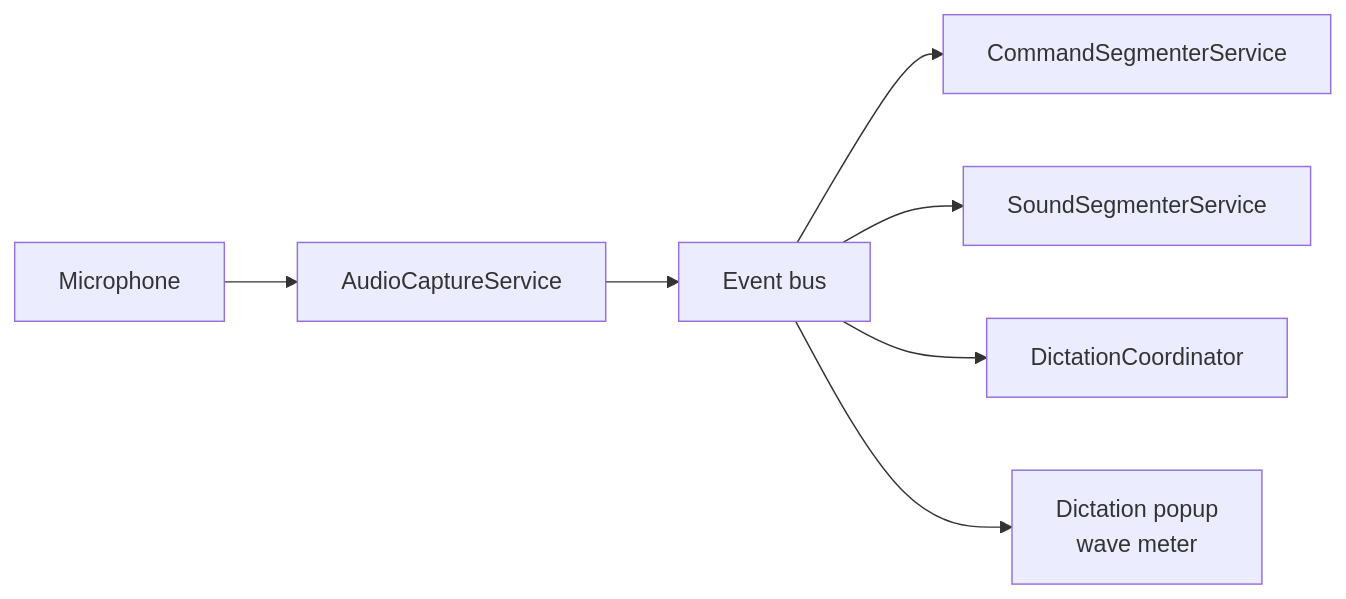
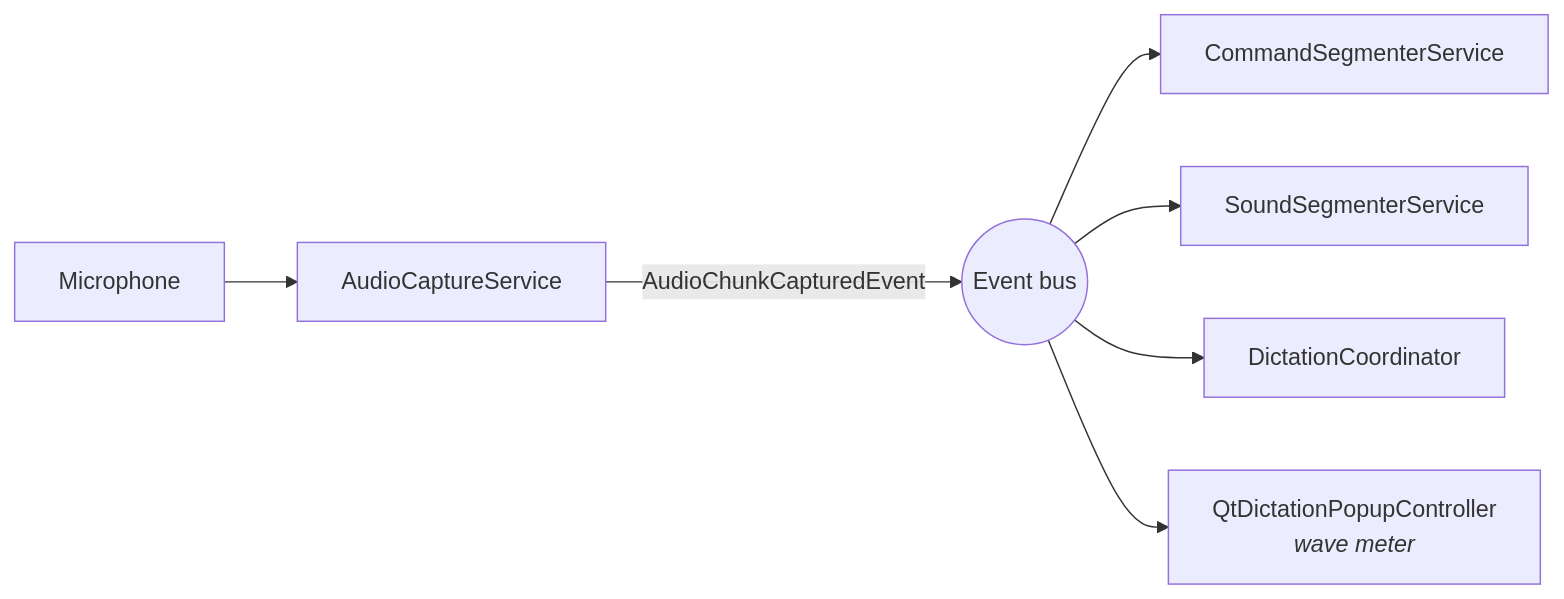
The first of 2 diagrams in docs/developer/features/capture.rst (rick12000/vocalance), drawn with Mermaid before and after one commit. The commit also changed other lines of this file and 12 other files, not shown here.

```diff
--- a/docs/developer/features/capture.rst
+++ b/docs/developer/features/capture.rst
@@ -19,9 +20,9 @@
 .. mermaid::
 
    flowchart LR
        Mic[Microphone] --> Cap[AudioCaptureService]
-       Cap --> Bus[Event bus]
+       Cap -->|AudioChunkCapturedEvent| Bus((Event bus))
        Bus --> Cmd[CommandSegmenterService]
        Bus --> Snd[SoundSegmenterService]
        Bus --> Dic[DictationCoordinator]
-       Bus --> UI[Dictation popup<br/>wave meter]
+       Bus --> UI[QtDictationPopupController<br/><i>wave meter</i>]
```
